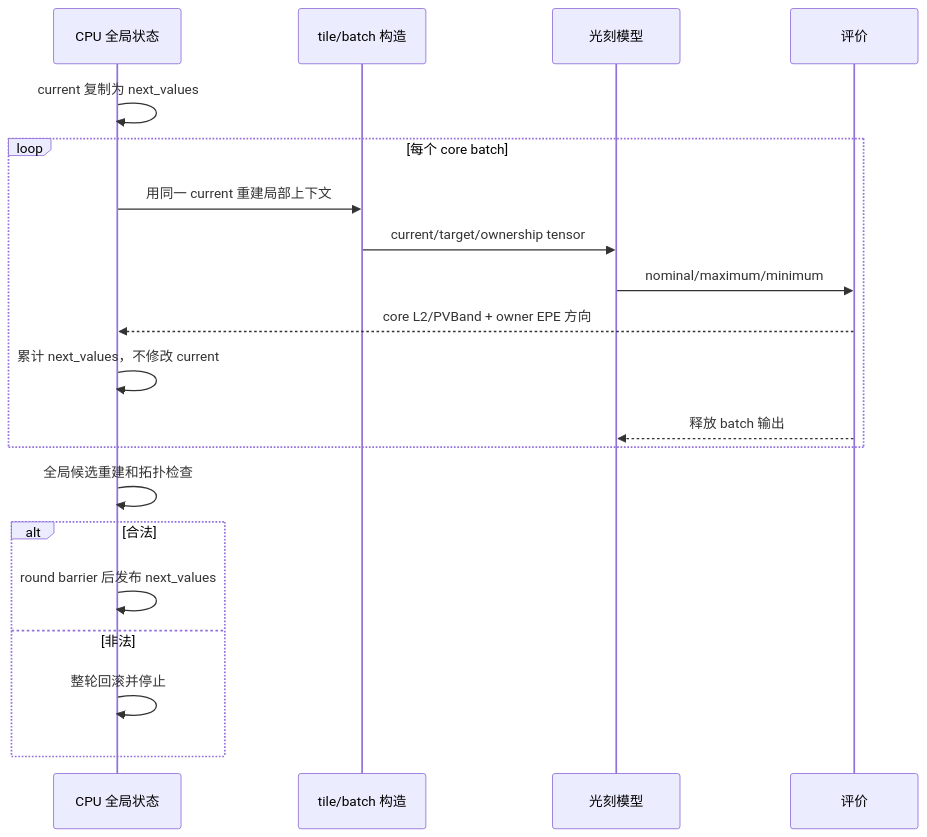
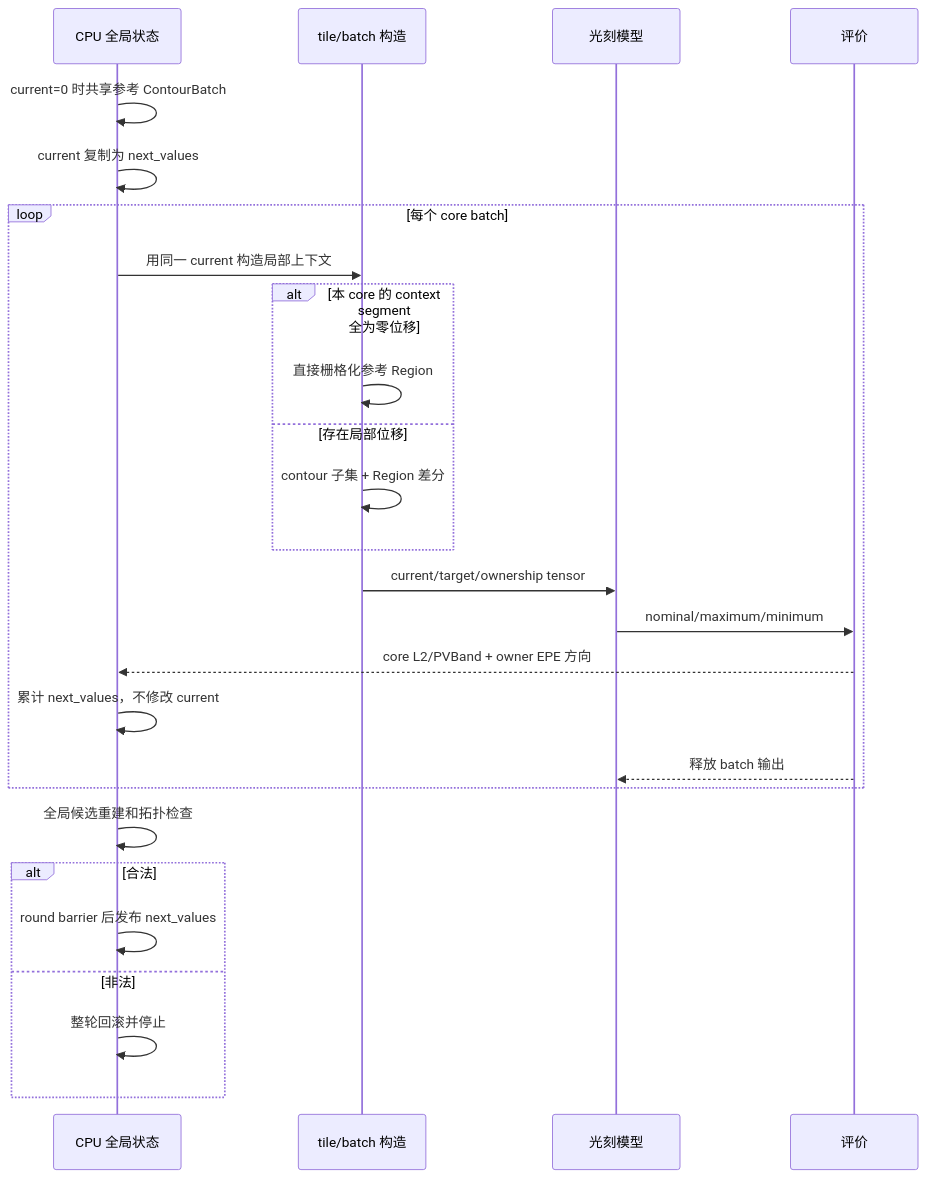
The fifth of 8 diagrams in doc/function_call_architecture.md (Eve429/MyOPC), drawn with Mermaid before and after one commit. The commit also changed other lines of this file and 7 other files, not shown here.

````diff
--- a/doc/function_call_architecture.md
+++ b/doc/function_call_architecture.md
@@ -98,22 +98,28 @@
 ```mermaid
 sequenceDiagram
     participant CPU as CPU 全局状态
     participant Tile as tile/batch 构造
     participant GPU as 光刻模型
     participant Eval as 评价
+    CPU->>CPU: current=0 时共享参考 ContourBatch
     CPU->>CPU: current 复制为 next_values
     loop 每个 core batch
-        CPU->>Tile: 用同一 current 重建局部上下文
+        CPU->>Tile: 用同一 current 构造局部上下文
+        alt 本 core 的 context segment 全为零位移
+            Tile->>Tile: 直接栅格化参考 Region
+        else 存在局部位移
+            Tile->>Tile: contour 子集 + Region 差分
+        end
         Tile->>GPU: current/target/ownership tensor
         GPU->>Eval: nominal/maximum/minimum
         Eval-->>CPU: core L2/PVBand + owner EPE 方向
         CPU->>CPU: 累计 next_values，不修改 current
         Eval-->>GPU: 释放 batch 输出
     end
     CPU->>CPU: 全局候选重建和拓扑检查
     alt 合法
         CPU->>CPU: round barrier 后发布 next_values
     else 非法
         CPU->>CPU: 整轮回滚并停止
     end
 ```
````
